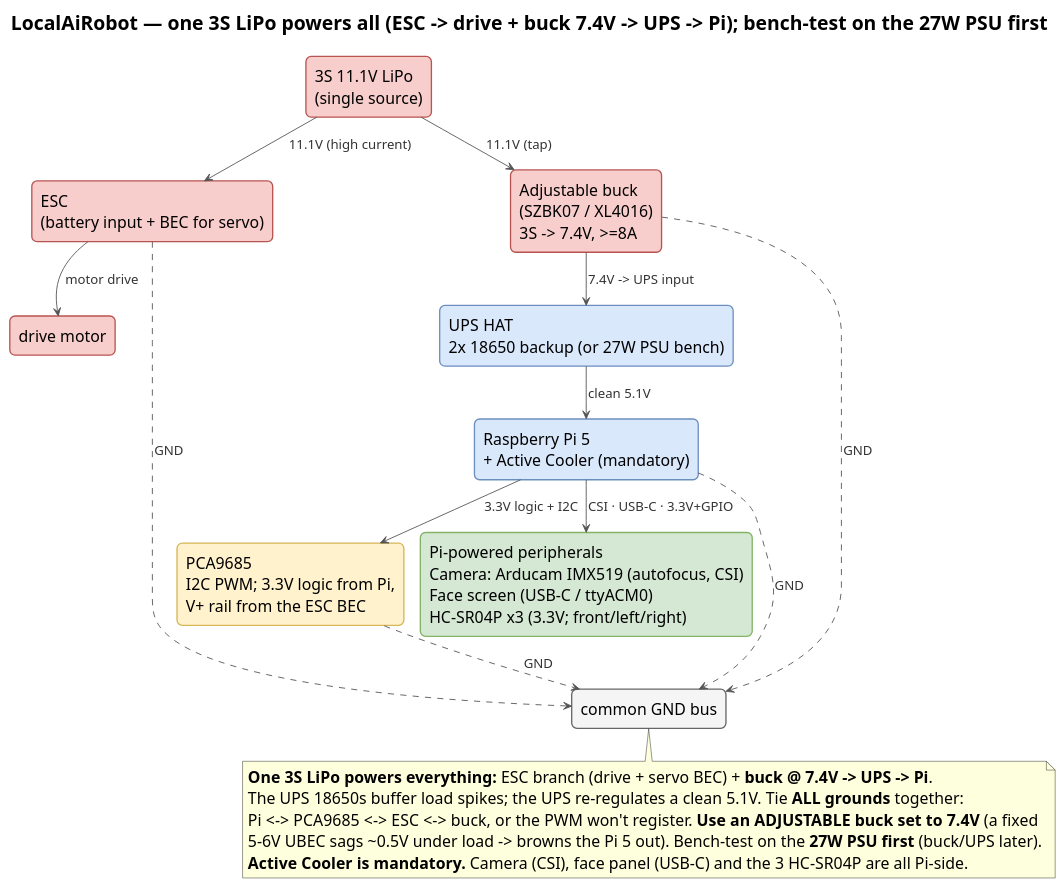
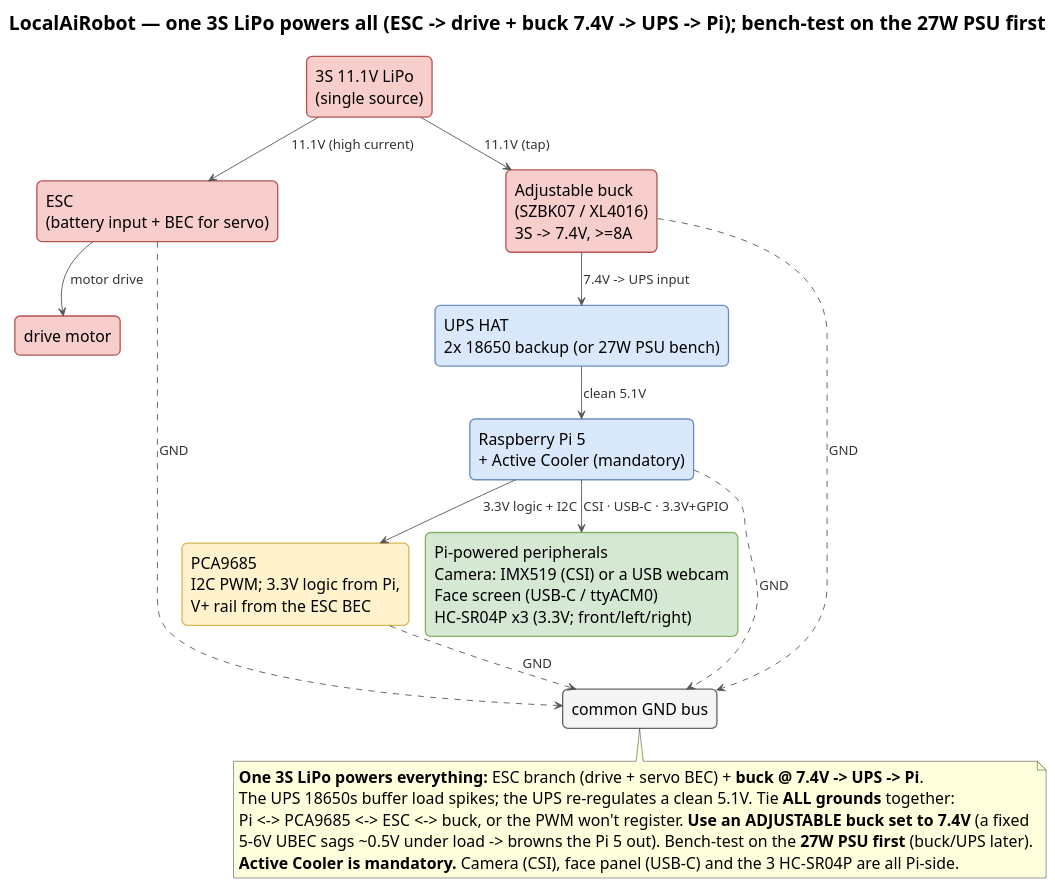
One commit to shen747/LocalAiRobot changed the diagram in docs/images/assembly.puml. Above: the diagram before and after it, drawn with PlantUML. The commit also changed 7 other files, not shown here.

Commit message:
Support a USB webcam on the Pi (ROBOT_CAMERA_BACKEND=v4l2) alongside the CSI camera, with docs + diagrams

```diff
--- a/docs/images/assembly.puml
+++ b/docs/images/assembly.puml
@@ -1,65 +1,65 @@
 @startuml assembly
 ' LocalAiRobot — high-level power, TOP-TO-BOTTOM (one 3S LiPo -> ESC drive + buck(7.4V) -> UPS -> Pi).
 ' This source lives next to its render. Regenerate in place (writes assembly.png here):
 '   plantuml -tpng docs/images/assembly.puml
 ' No Graphviz needed: !pragma layout smetana. Vertical + larger fonts; Pi peripherals collapsed into one box.
 !pragma layout smetana
 top to bottom direction
 hide stereotype
 title LocalAiRobot — one 3S LiPo powers all (ESC -> drive + buck 7.4V -> UPS -> Pi); bench-test on the 27W PSU first
 
 skinparam backgroundColor white
 skinparam shadowing false
 skinparam defaultFontName Helvetica
 skinparam defaultFontSize 18
 skinparam TitleFontSize 22
 skinparam ArrowColor #555555
 skinparam ArrowFontColor #333333
 skinparam ArrowFontSize 15
 skinparam rectangle {
   RoundCorner 12
   FontSize 18
   BorderThickness 1.5
   BackgroundColor<<io>> #DAE8FC
   BorderColor<<io>> #6C8EBF
   BackgroundColor<<model>> #FFF2CC
   BorderColor<<model>> #D6B656
   BackgroundColor<<data>> #D5E8D4
   BorderColor<<data>> #82B366
   BackgroundColor<<motor>> #F8CECC
   BorderColor<<motor>> #B85450
   BackgroundColor<<store>> #F5F5F5
   BorderColor<<store>> #666666
 }
 
 rectangle "3S 11.1V LiPo\n(single source)" as lipo <<motor>>
 rectangle "ESC\n(battery input + BEC for servo)" as esc <<motor>>
 rectangle "drive motor" as motor <<motor>>
 rectangle "Adjustable buck\n(SZBK07 / XL4016)\n3S -> 7.4V, >=8A" as ubec <<motor>>
 rectangle "UPS HAT\n2x 18650 backup (or 27W PSU bench)" as ups <<io>>
 rectangle "Raspberry Pi 5\n+ Active Cooler (mandatory)" as pi <<io>>
 rectangle "PCA9685\nI2C PWM; 3.3V logic from Pi,\nV+ rail from the ESC BEC" as pca <<model>>
-rectangle "Pi-powered peripherals\nCamera: Arducam IMX519 (autofocus, CSI)\nFace screen (USB-C / ttyACM0)\nHC-SR04P x3 (3.3V; front/left/right)" as periph <<data>>
+rectangle "Pi-powered peripherals\nCamera: IMX519 (CSI) or a USB webcam\nFace screen (USB-C / ttyACM0)\nHC-SR04P x3 (3.3V; front/left/right)" as periph <<data>>
 rectangle "common GND bus" as gnd <<store>>
 
 lipo --> esc  : 11.1V (high current)
 lipo --> ubec : 11.1V (tap)
 esc  --> motor : motor drive
 ubec --> ups  : 7.4V -> UPS input
 ups  --> pi   : clean 5.1V
 pi   --> pca  : 3.3V logic + I2C
 pi   --> periph : CSI · USB-C · 3.3V+GPIO
 
 esc  ..> gnd : GND
 pi   ..> gnd : GND
 pca  ..> gnd : GND
 ubec ..> gnd : GND
 
 note bottom of gnd
   **One 3S LiPo powers everything:** ESC branch (drive + servo BEC) + **buck @ 7.4V -> UPS -> Pi**.
   The UPS 18650s buffer load spikes; the UPS re-regulates a clean 5.1V. Tie **ALL grounds** together:
   Pi <-> PCA9685 <-> ESC <-> buck, or the PWM won't register. **Use an ADJUSTABLE buck set to 7.4V** (a fixed
   5-6V UBEC sags ~0.5V under load -> browns the Pi 5 out). Bench-test on the **27W PSU first** (buck/UPS later).
   **Active Cooler is mandatory.** Camera (CSI), face panel (USB-C) and the 3 HC-SR04P are all Pi-side.
 end note
 @enduml
```
